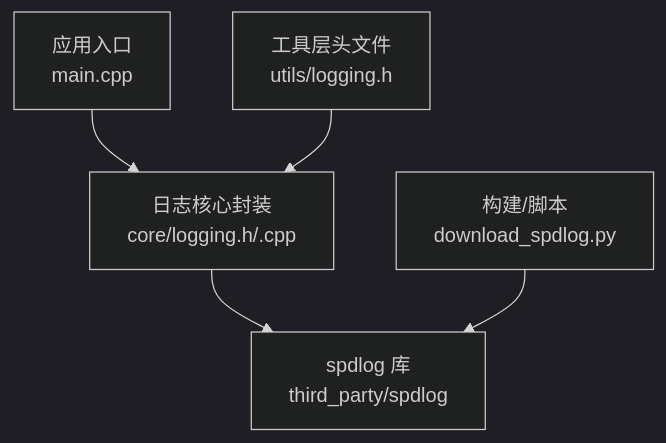
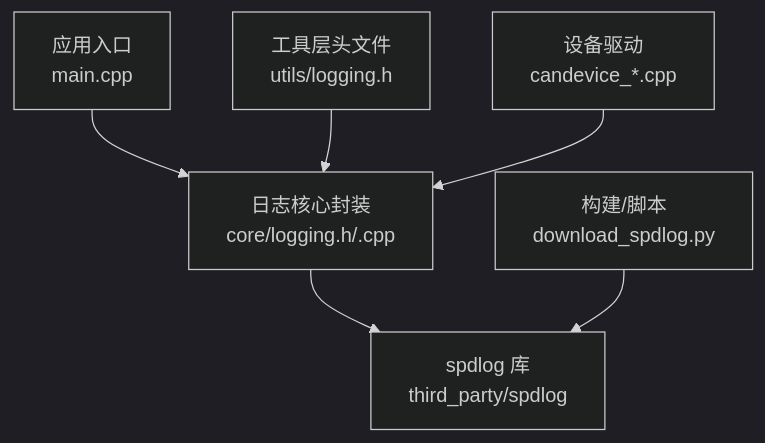
The first of 4 diagrams in .qoder/repowiki/zh/content/核心模块详解/日志系统.md (jakecai1225-design/OpenBus), drawn with Mermaid (dark theme) before and after one commit. The commit also changed other lines of this file and 15 other files, not shown here.

````diff
--- a/.qoder/repowiki/zh/content/核心模块详解/日志系统.md
+++ b/.qoder/repowiki/zh/content/核心模块详解/日志系统.md
@@ -34,7 +47,8 @@
 ```mermaid
 graph TB
 A["应用入口<br/>main.cpp"] --> B["日志核心封装<br/>core/logging.h/.cpp"]
 B --> C["spdlog 库<br/>third_party/spdlog"]
 D["工具层头文件<br/>utils/logging.h"] --> B
 E["构建/脚本<br/>download_spdlog.py"] --> C
+F["设备驱动<br/>candevice_*.cpp"] --> B
 ```
````
